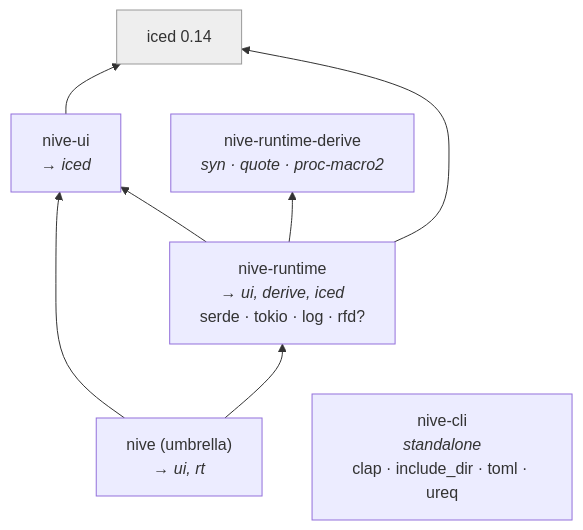
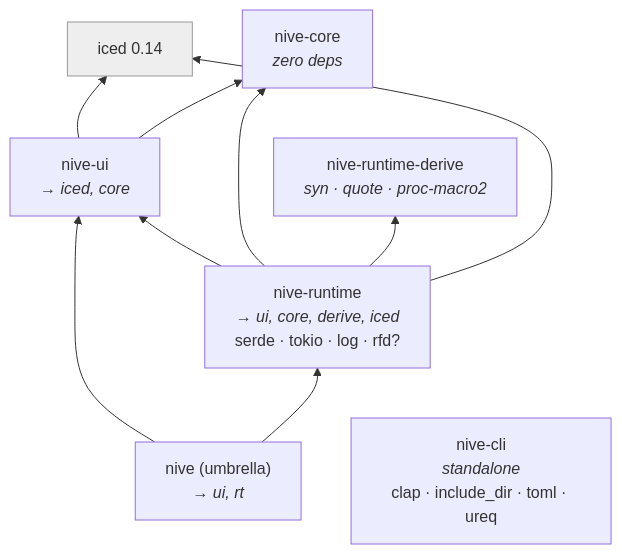
The second of 2 diagrams in docs/architecture/containers.md (JirlanSouza/nive), drawn with Mermaid before and after one commit. The commit also changed other lines of this file and 7 other files, not shown here.

First line of the commit message:
docs: update architecture, API surface, and component docs for nive-core

````diff
--- a/docs/architecture/containers.md
+++ b/docs/architecture/containers.md
@@ -47,19 +50,22 @@
 ```mermaid
 flowchart BT
     iced["iced 0.14"]
     derive["nive-runtime-derive<br/><i>syn · quote · proc-macro2</i>"]
-    ui["nive-ui<br/><i>→ iced</i>"]
-    rt["nive-runtime<br/><i>→ ui, derive, iced</i><br/>serde · tokio · log · rfd?"]
+    core["nive-core<br/><i>zero deps</i>"]
+    ui["nive-ui<br/><i>→ iced, core</i>"]
+    rt["nive-runtime<br/><i>→ ui, core, derive, iced</i><br/>serde · tokio · log · rfd?"]
     umbrella["nive (umbrella)<br/><i>→ ui, rt</i>"]
     cli["nive-cli<br/><i>standalone</i><br/>clap · include_dir · toml · ureq"]
 
     ui --> iced
+    ui --> core
     rt --> ui
+    rt --> core
     rt --> derive
     rt --> iced
     umbrella --> ui
     umbrella --> rt
 
     classDef ext fill:#eee,stroke:#999,color:#333;
     class iced ext;
 ```
````
